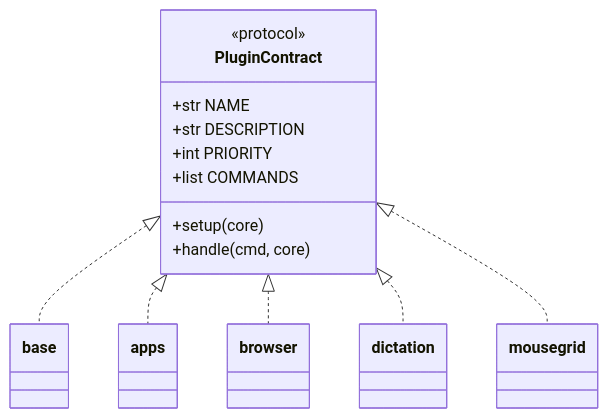
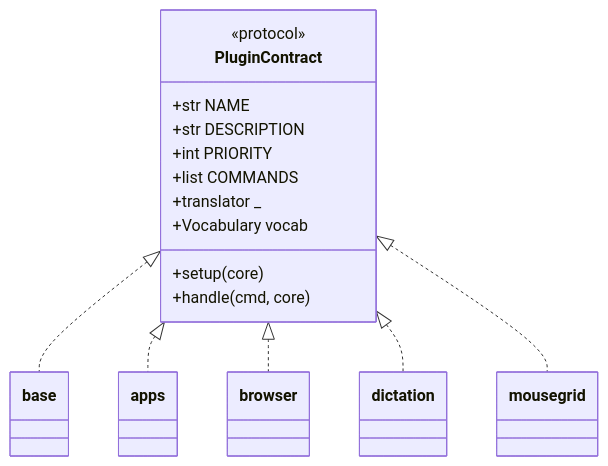
One commit to SolanumForte/easyspeak changed the diagram in docs/plugins.md. Above: the diagram before and after it, drawn with Mermaid. The commit also changed other lines of this file, not shown here.

First line of the commit message:
Show the translator and vocabulary in the plugin contract diagram

````diff
--- a/docs/plugins.md
+++ b/docs/plugins.md
@@ -37,17 +37,19 @@
 ```mermaid
 classDiagram
     class PluginContract {
         <<protocol>>
         +str NAME
         +str DESCRIPTION
         +int PRIORITY
         +list COMMANDS
+        +translator _
+        +Vocabulary vocab
         +setup(core)
         +handle(cmd, core)
     }
     PluginContract <|.. base
     PluginContract <|.. apps
     PluginContract <|.. browser
     PluginContract <|.. dictation
     PluginContract <|.. mousegrid
 ```
````
